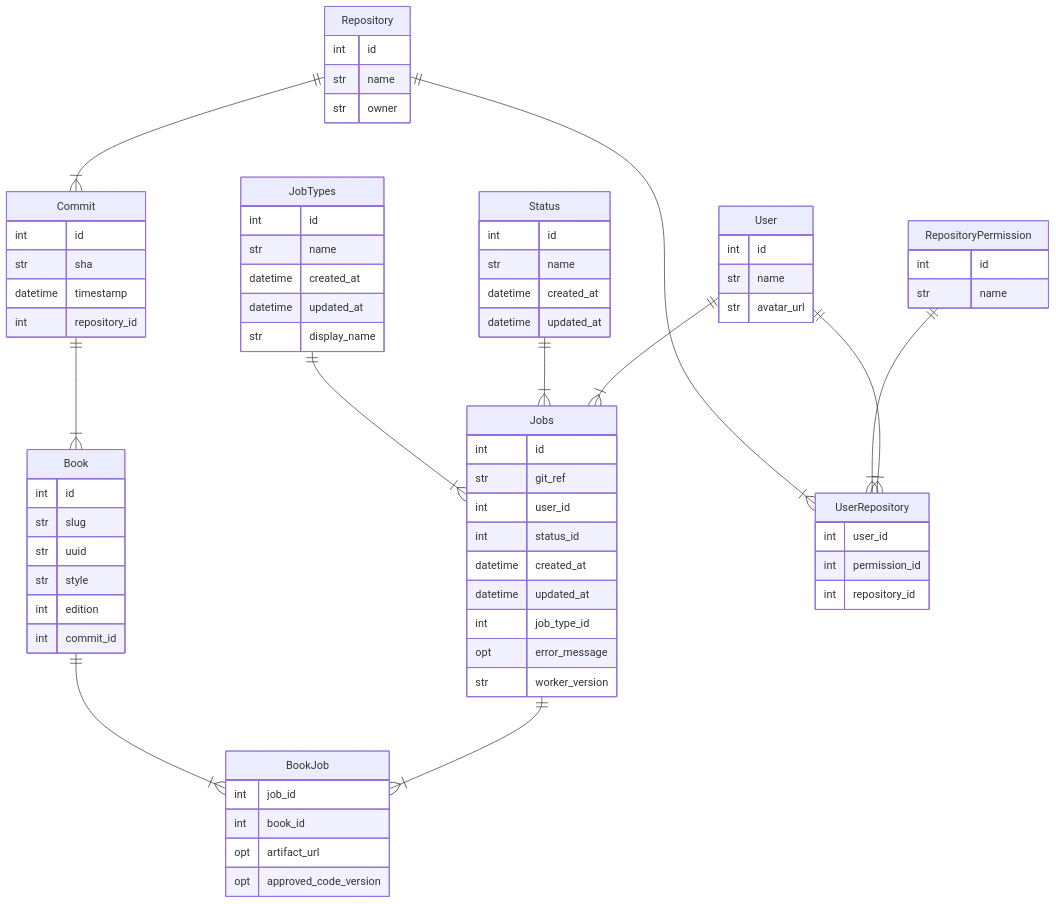
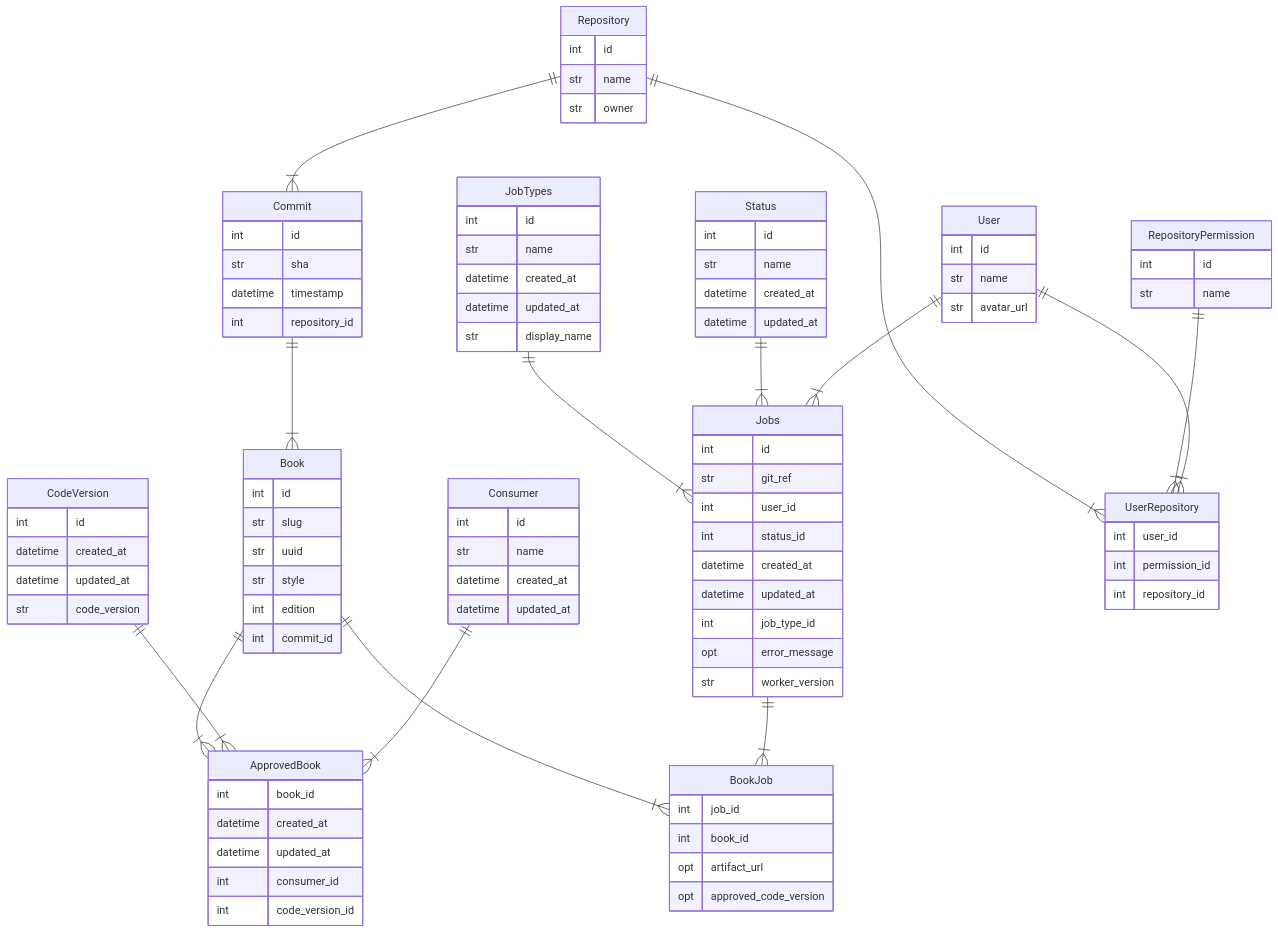
One commit to openstax/corgi changed the diagram in README.md. Above: the diagram before and after it, drawn with Mermaid. The commit also changed 7 other files, not shown here.

Commit message:
Add approved book table and child tables

````diff
--- a/README.md
+++ b/README.md
@@ -361,5 +361,12 @@
 ```mermaid
 erDiagram
+    ApprovedBook {
+        int book_id
+        datetime created_at
+        datetime updated_at
+        int consumer_id
+        int code_version_id
+    }
     Book {
         int id
         str slug
@@ -374,11 +381,23 @@
         opt artifact_url
         opt approved_code_version
     }
+    CodeVersion {
+        int id
+        datetime created_at
+        datetime updated_at
+        str code_version
+    }
     Commit {
         int id
         str sha
         datetime timestamp
         int repository_id
+    }
+    Consumer {
+        int id
+        str name
+        datetime created_at
+        datetime updated_at
     }
     JobTypes {
         int id
@@ -423,6 +442,9 @@
         int permission_id
         int repository_id
     }
+    Book ||--|{ ApprovedBook : ""
+    CodeVersion ||--|{ ApprovedBook : ""
+    Consumer ||--|{ ApprovedBook : ""
     Commit ||--|{ Book : ""
     Book ||--|{ BookJob : ""
     Jobs ||--|{ BookJob : ""
````
